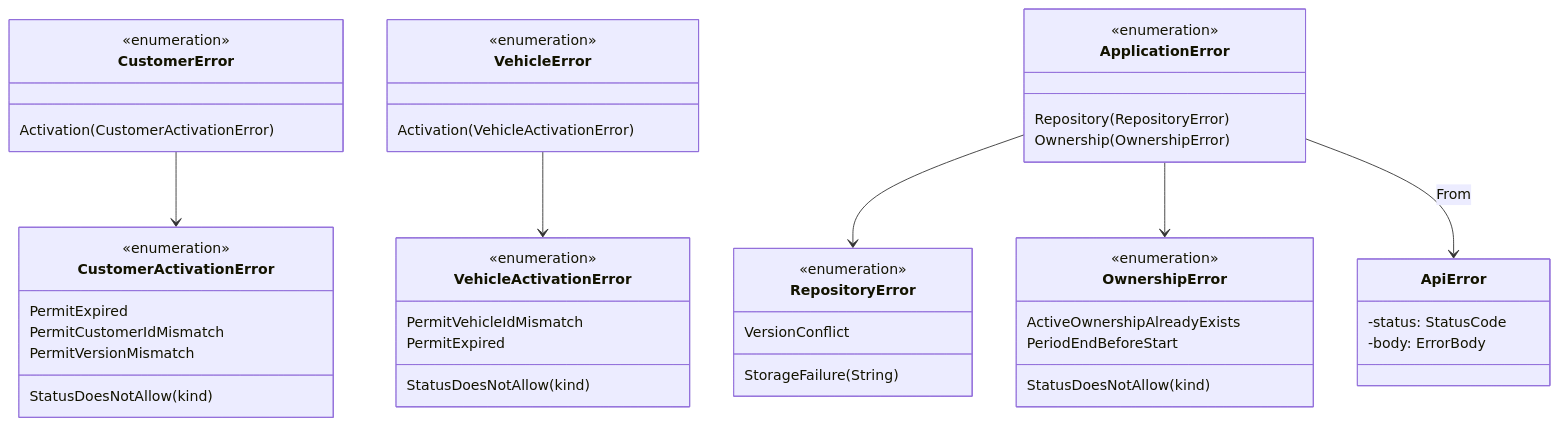
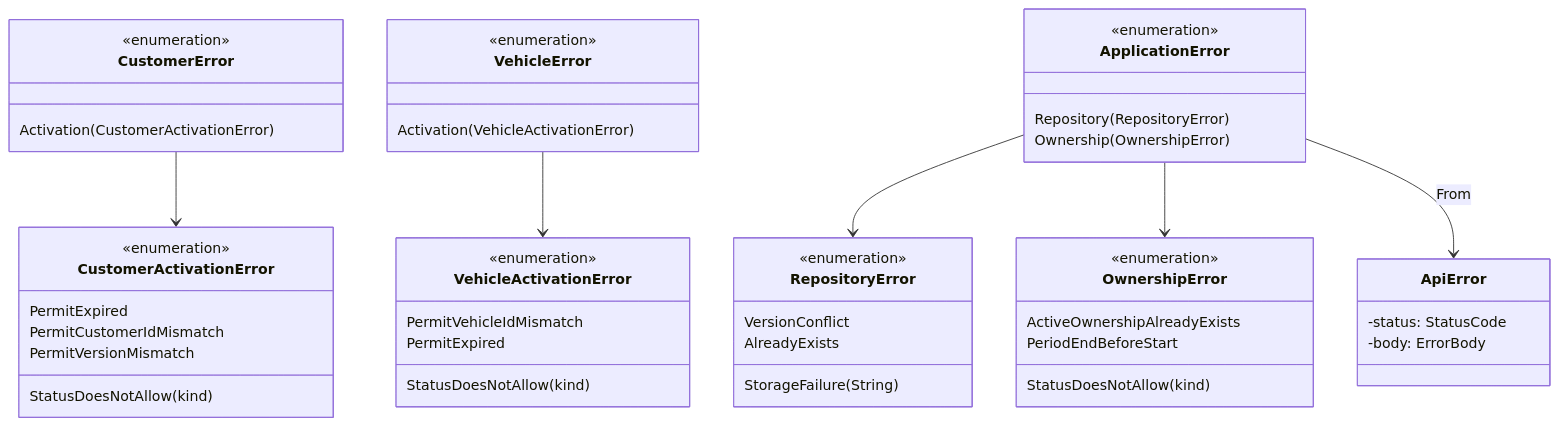
Before and after one commit to DeathRustZzZ/PitGO: the fifth of 5 diagrams in docs/architecture/07_domain_model.md, drawn with Mermaid. The commit also changed other lines of this file and 12 other files, not shown here.

Commit message:
test(backend): add api error mapping tests and updated diagrams

````diff
--- a/docs/architecture/07_domain_model.md
+++ b/docs/architecture/07_domain_model.md
@@ -258,52 +258,53 @@
 ```mermaid
 classDiagram
   direction TB
 
   class CustomerError {
     <<enumeration>>
     Activation(CustomerActivationError)
   }
   class CustomerActivationError {
     <<enumeration>>
     PermitExpired
     PermitCustomerIdMismatch
     PermitVersionMismatch
     StatusDoesNotAllow(kind)
   }
   class VehicleError {
     <<enumeration>>
     Activation(VehicleActivationError)
   }
   class VehicleActivationError {
     <<enumeration>>
     PermitVehicleIdMismatch
     PermitExpired
     StatusDoesNotAllow(kind)
   }
   class OwnershipError {
     <<enumeration>>
     ActiveOwnershipAlreadyExists
     StatusDoesNotAllow(kind)
     PeriodEndBeforeStart
   }
   class ApplicationError {
     <<enumeration>>
     Repository(RepositoryError)
     Ownership(OwnershipError)
   }
   class RepositoryError {
     <<enumeration>>
     VersionConflict
+    AlreadyExists
     StorageFailure(String)
   }
   class ApiError {
     -status: StatusCode
     -body: ErrorBody
   }
 
   CustomerError --> CustomerActivationError
   VehicleError --> VehicleActivationError
   ApplicationError --> RepositoryError
   ApplicationError --> OwnershipError
   ApplicationError --> ApiError: From
 ```
````
